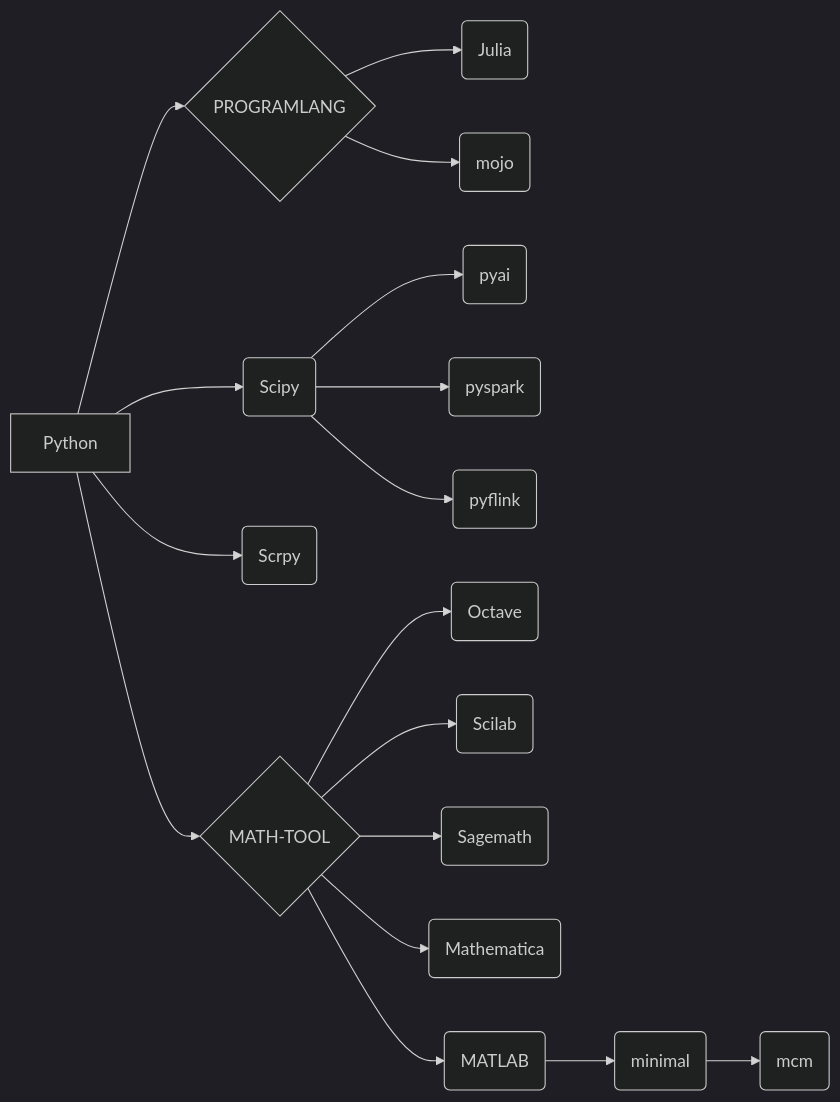
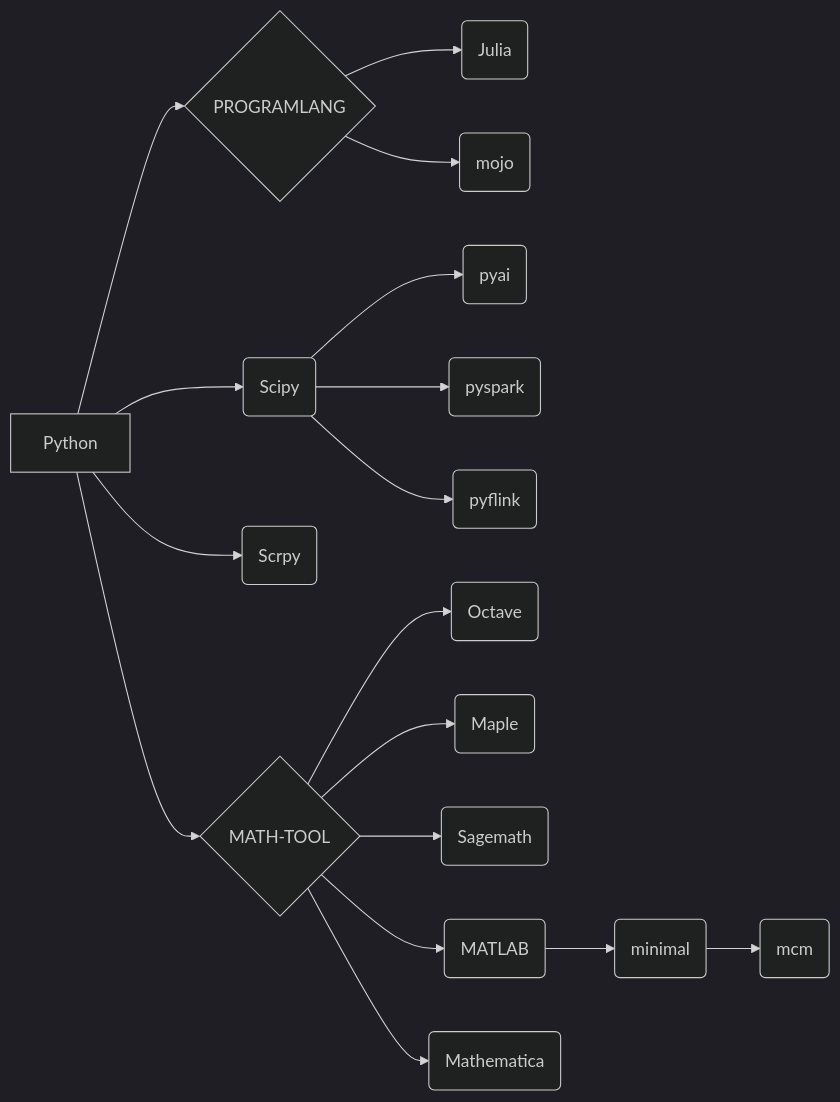
Before and after one commit to ben0i0d/jupyter: the diagram in README_CN.md, drawn with Mermaid (dark theme). The commit also changed 1 other file, not shown here.

Commit message:
repair graph

````diff
--- a/README_CN.md
+++ b/README_CN.md
@@ -86,16 +86,16 @@
 ```mermaid
 graph LR
 Python-->PROGRAM{PROGRAMLANG}
 PROGRAM-->PC(Julia)
 PROGRAM-->PR(mojo)
 Python-->PRA(Scipy)
 Python-->PRB(Scrpy)
 PRA-->PRAA(pyai)  
 PRA-->PRAB(pyspark)  
 PRA-->PRAC(pyflink)  
 Python-->MATH{MATH-TOOL}-->MA(Octave)
-MATH-->MB(Scilab)
+MATH-->MB(Maple)
 MATH-->MC(Sagemath)
+MATH-->MD(MATLAB)-->MDA(minimal)-->MDAA(mcm)
 MATH-->ME(Mathematica)
-MATH-->MD(MATLAB)-->MDA(minimal)-->MDAA(mcm)
 ```
````
